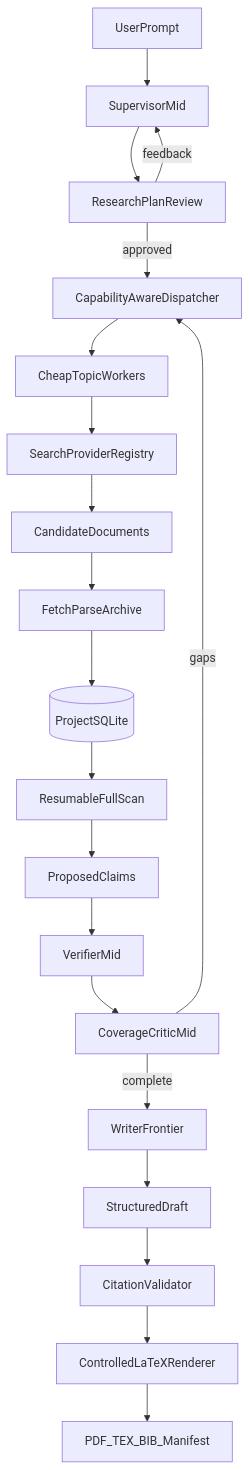
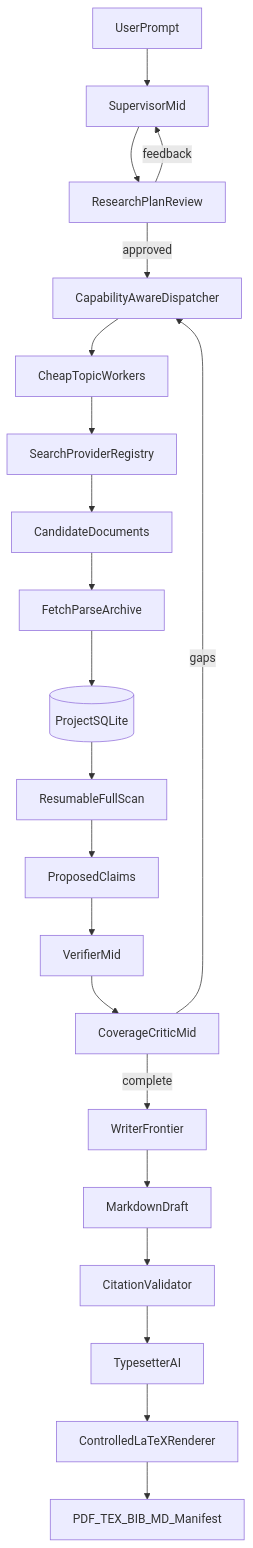
One commit to willcipriano/DeepRhetor changed the first of 2 diagrams in PLAN.md. Above: the diagram before and after it, drawn with Mermaid. The commit also changed other lines of this file and 14 other files, not shown here.

First line of the commit message:
Draft in Markdown and typeset to LaTeX in a final AI phase.

````diff
--- a/PLAN.md
+++ b/PLAN.md
@@ -183,22 +183,23 @@
 ```mermaid
 flowchart TD
   userPrompt[UserPrompt] --> supervisor[SupervisorMid]
   supervisor --> planReview[ResearchPlanReview]
   planReview -->|feedback| supervisor
   planReview -->|approved| dispatcher[CapabilityAwareDispatcher]
   dispatcher --> workers[CheapTopicWorkers]
   workers --> searchRegistry[SearchProviderRegistry]
   searchRegistry --> candidates[CandidateDocuments]
   candidates --> fetchPipeline[FetchParseArchive]
   fetchPipeline --> projectDb[(ProjectSQLite)]
   projectDb --> fullScan[ResumableFullScan]
   fullScan --> proposedClaims[ProposedClaims]
   proposedClaims --> verifier[VerifierMid]
   verifier --> critic[CoverageCriticMid]
   critic -->|gaps| dispatcher
   critic -->|complete| writer[WriterFrontier]
-  writer --> structuredDraft[StructuredDraft]
-  structuredDraft --> validator[CitationValidator]
-  validator --> renderer[ControlledLaTeXRenderer]
-  renderer --> exports[PDF_TEX_BIB_Manifest]
+  writer --> markdownDraft[MarkdownDraft]
+  markdownDraft --> validator[CitationValidator]
+  validator --> typesetter[TypesetterAI]
+  typesetter --> renderer[ControlledLaTeXRenderer]
+  renderer --> exports[PDF_TEX_BIB_MD_Manifest]
 ```
````
